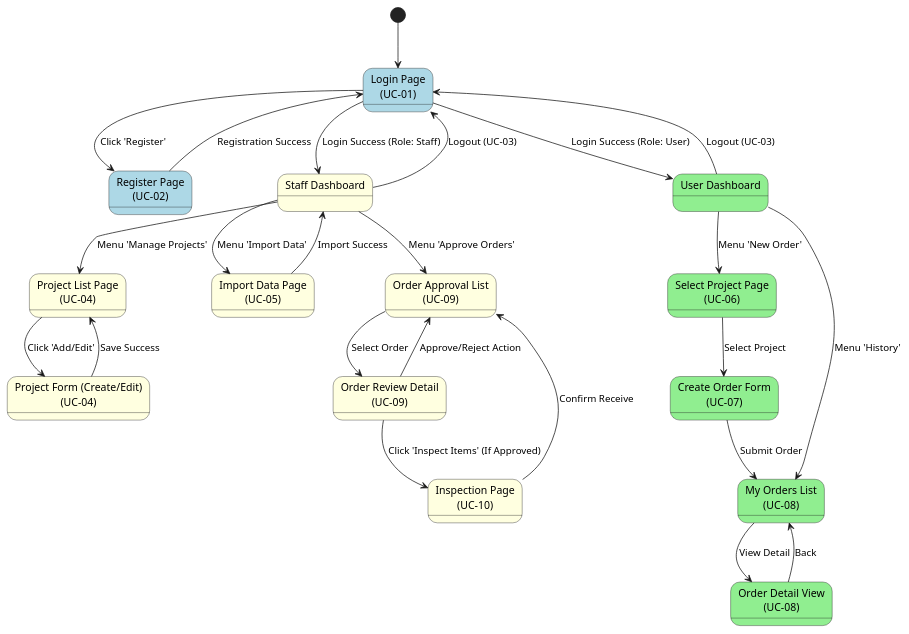
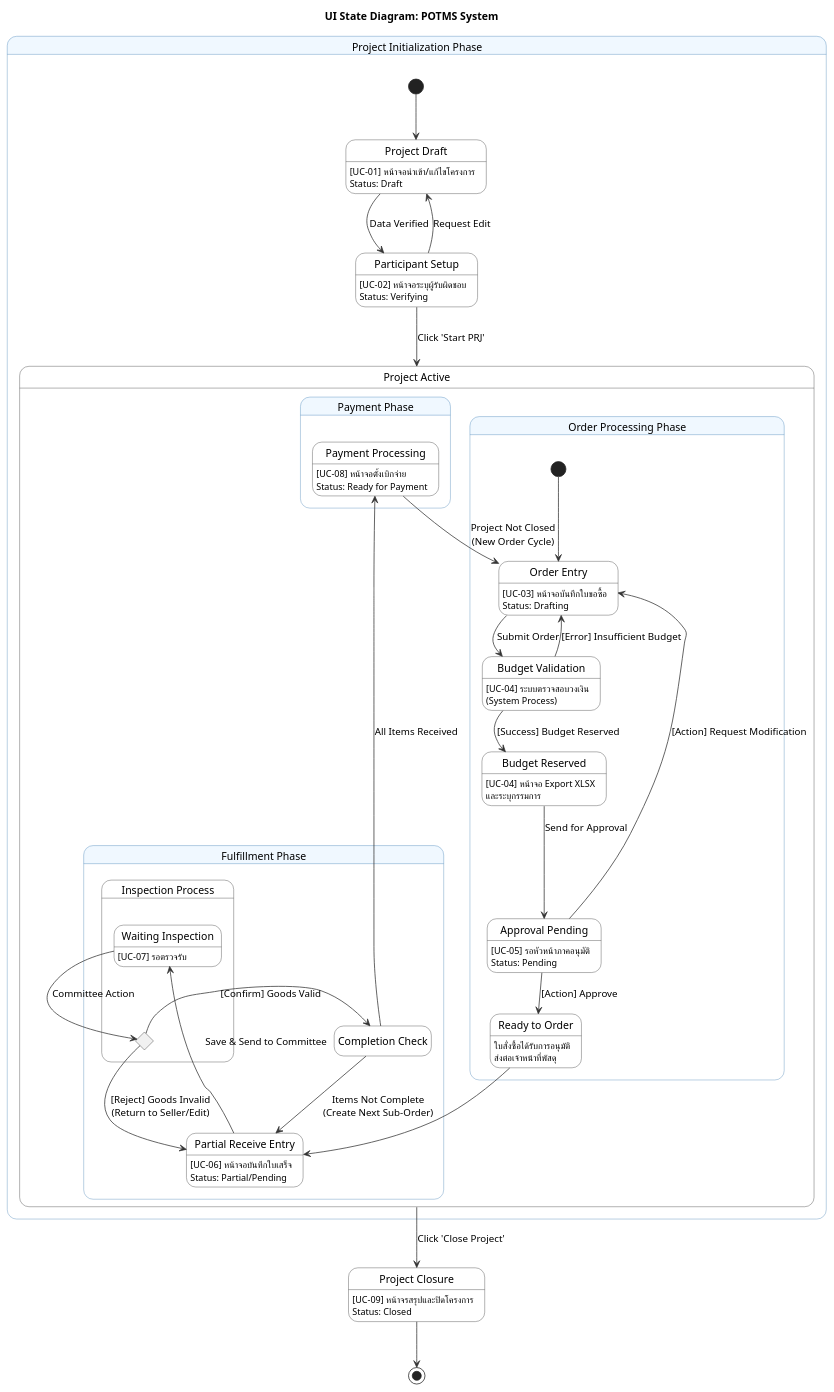
Before and after one commit to Thavizup-Deesan/DSSI-PROJECT-2568: the diagram in Diagram/Ui state trainsition diagram.puml, drawn with PlantUML. The commit also changed 88 other files, not shown here.

```diff
--- a/Diagram/Ui state trainsition diagram.puml
+++ b/Diagram/Ui state trainsition diagram.puml
@@ -1,63 +1,76 @@
 @startuml
+title UI State Diagram: POTMS System
+hide empty description
+
+' Define Styles
 skinparam state {
-  BackgroundColor<<Auth>> LightBlue
-  BackgroundColor<<Staff>> LightYellow
-  BackgroundColor<<User>> LightGreen
+  BackgroundColor White
+  BorderColor #333333
+  ArrowColor #333333
+  BackgroundColor<<Composite>> #F0F8FF
+  BorderColor<<Composite>> #4682B4
 }
 
-[*] --> LoginPage
+state "Project Initialization Phase" as Phase1 <<Composite>> {
+    state "Project Draft" as S1 : [UC-01] หน้าจอนำเข้า/แก้ไขโครงการ\nStatus: Draft
+    state "Participant Setup" as S2 : [UC-02] หน้าจอระบุผู้รับผิดชอบ\nStatus: Verifying
 
-' --- Authentication Group ---
-state "Login Page\n(UC-01)" as LoginPage <<Auth>>
-state "Register Page\n(UC-02)" as RegisterPage <<Auth>>
+    [*] --> S1
+    S1 --> S2 : Data Verified
+    S2 --> S1 : Request Edit
+    S2 --> ProjectActive : Click 'Start PRJ'
+}
 
-' --- Staff Section ---
-state "Staff Dashboard" as StaffDash <<Staff>>
-state "Project List Page\n(UC-04)" as ProjectList <<Staff>>
-state "Project Form (Create/Edit)\n(UC-04)" as ProjectForm <<Staff>>
-state "Import Data Page\n(UC-05)" as ImportPage <<Staff>>
-state "Order Approval List\n(UC-09)" as ApproveList <<Staff>>
-state "Order Review Detail\n(UC-09)" as OrderReview <<Staff>>
-state "Inspection Page\n(UC-10)" as InspectPage <<Staff>>
+state "Project Active" as ProjectActive {
+    
+    state "Order Processing Phase" as Phase2 <<Composite>> {
+        state "Order Entry" as S3 : [UC-03] หน้าจอบันทึกใบขอซื้อ\nStatus: Drafting
+        state "Budget Validation" as S4 : [UC-04] ระบบตรวจสอบวงเงิน\n(System Process)
+        state "Budget Reserved" as S5 : [UC-04] หน้าจอ Export XLSX\nและระบุกรรมการ
+        state "Approval Pending" as S6 : [UC-05] รอหัวหน้าภาคอนุมัติ\nStatus: Pending
 
-' --- User Section ---
-state "User Dashboard" as UserDash <<User>>
-state "Select Project Page\n(UC-06)" as SelectProject <<User>>
-state "Create Order Form\n(UC-07)" as CreateOrder <<User>>
-state "My Orders List\n(UC-08)" as MyOrders <<User>>
-state "Order Detail View\n(UC-08)" as OrderDetail <<User>>
+        [*] --> S3
+        S3 --> S4 : Submit Order
+        S4 --> S3 : [Error] Insufficient Budget
+        S4 --> S5 : [Success] Budget Reserved
+        S5 --> S6 : Send for Approval
+        S6 --> S3 : [Action] Request Modification
+        S6 --> Approved : [Action] Approve
+    }
 
-' === Transitions ===
+    state "Fulfillment Phase" as Phase3 <<Composite>> {
+        state "Ready to Order" as Approved : ใบสั่งซื้อได้รับการอนุมัติ\nส่งต่อเจ้าหน้าที่พัสดุ
+        state "Partial Receive Entry" as S7 : [UC-06] หน้าจอบันทึกใบเสร็จ\nStatus: Partial/Pending
+        
+        state "Inspection Process" as S8 {
+            state "Waiting Inspection" as S8_1 : [UC-07] รอตรวจรับ
+            state "Inspection Result" as S8_Choice <<Choice>>
+            
+            S8_1 --> S8_Choice : Committee Action
+        }
 
-' Auth Flow
-LoginPage --> RegisterPage : Click 'Register'
-RegisterPage --> LoginPage : Registration Success
-LoginPage --> StaffDash : Login Success (Role: Staff)
-LoginPage --> UserDash : Login Success (Role: User)
+        Approved --> S7
+        S7 --> S8_1 : Save & Send to Committee
+        
+        S8_Choice --> S7 : [Reject] Goods Invalid\n(Return to Seller/Edit)
+        S8_Choice --> CheckComplete : [Confirm] Goods Valid
+    }
 
-' Logout (UC-03)
-StaffDash --> LoginPage : Logout (UC-03)
-UserDash --> LoginPage : Logout (UC-03)
+    state "Completion Check" as CheckComplete <<Choice>>
+    
+    state "Payment Phase" as Phase4 <<Composite>> {
+        state "Payment Processing" as S9 : [UC-08] หน้าจอตั้งเบิกจ่าย\nStatus: Ready for Payment
+    }
 
-' Staff Flow
-StaffDash --> ProjectList : Menu 'Manage Projects'
-ProjectList --> ProjectForm : Click 'Add/Edit'
-ProjectForm --> ProjectList : Save Success
-StaffDash --> ImportPage : Menu 'Import Data'
-ImportPage --> StaffDash : Import Success
+    CheckComplete --> S7 : Items Not Complete\n(Create Next Sub-Order)
+    CheckComplete --> S9 : All Items Received
+    
+    S9 --> S3 : Project Not Closed\n(New Order Cycle)
+}
 
-StaffDash --> ApproveList : Menu 'Approve Orders'
-ApproveList --> OrderReview : Select Order
-OrderReview --> ApproveList : Approve/Reject Action
-OrderReview --> InspectPage : Click 'Inspect Items' (If Approved)
-InspectPage --> ApproveList : Confirm Receive
+state "Project Closure" as S10 : [UC-09] หน้าจรสรุปและปิดโครงการ\nStatus: Closed
 
-' User Flow
-UserDash --> SelectProject : Menu 'New Order'
-SelectProject --> CreateOrder : Select Project
-CreateOrder --> MyOrders : Submit Order
-UserDash --> MyOrders : Menu 'History'
-MyOrders --> OrderDetail : View Detail
-OrderDetail --> MyOrders : Back
+ProjectActive --> S10 : Click 'Close Project'
+S10 --> [*]
 
 @enduml
```
